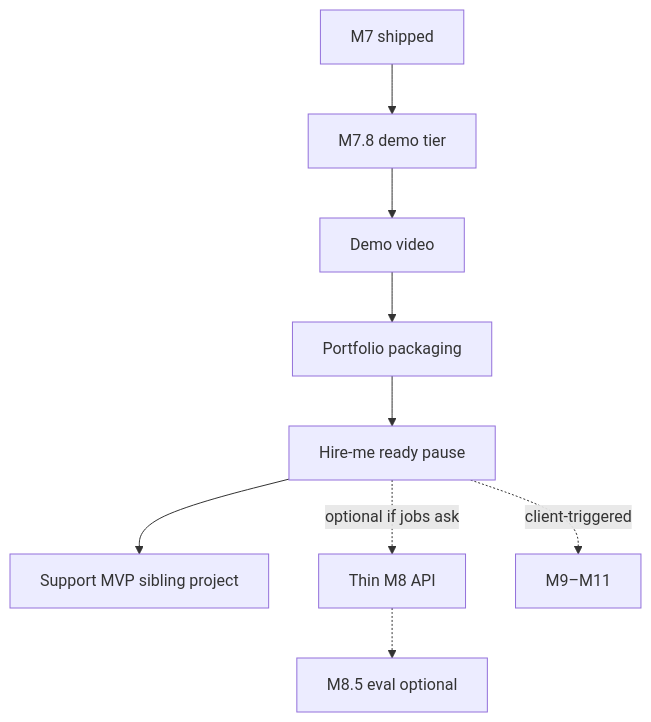
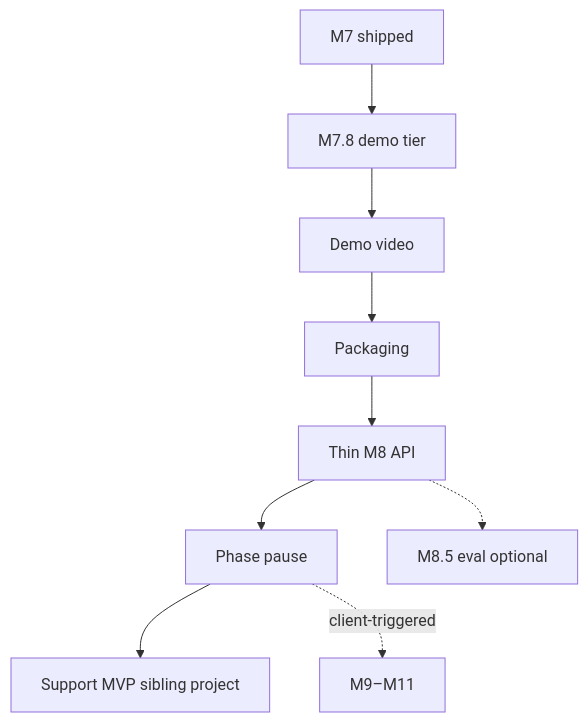
The diagram in docs/operators/ROADMAP.md (RoxanaTapia/ai-doc-to-chat-pipeline), drawn with Mermaid before and after one commit. The commit also changed other lines of this file and 6 other files, not shown here.

````diff
--- a/docs/operators/ROADMAP.md
+++ b/docs/operators/ROADMAP.md
@@ -44,11 +61,11 @@
 ```mermaid
 flowchart TD
   M7[M7 shipped] --> M78[M7.8 demo tier]
   M78 --> V[Demo video]
-  V --> P[Portfolio packaging]
-  P --> Pause[Hire-me ready pause]
+  V --> P[Packaging]
+  P --> M8[Thin M8 API]
+  M8 --> Pause[Phase pause]
   Pause --> Support[Support MVP sibling project]
-  Pause -.->|optional if jobs ask| M8[Thin M8 API]
   M8 -.-> M85[M8.5 eval optional]
   Pause -.->|client-triggered| M9[M9–M11]
 ```
````
